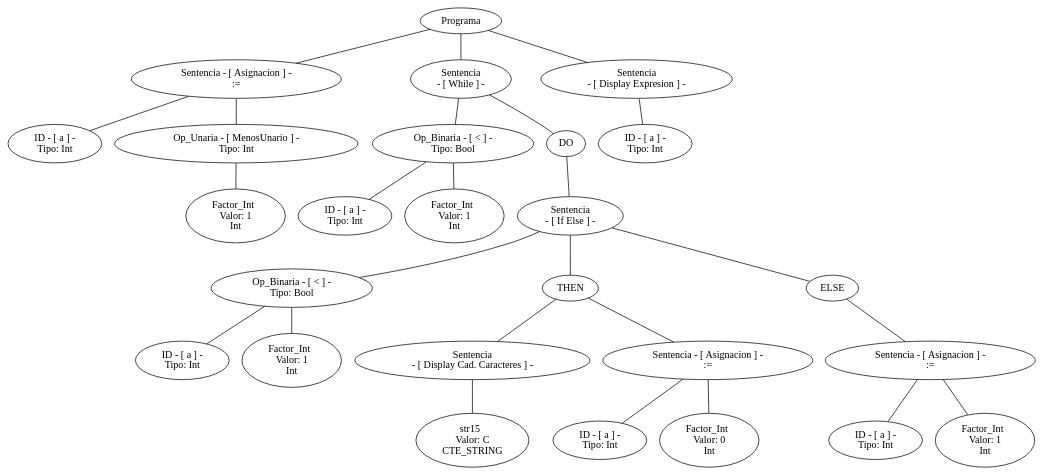
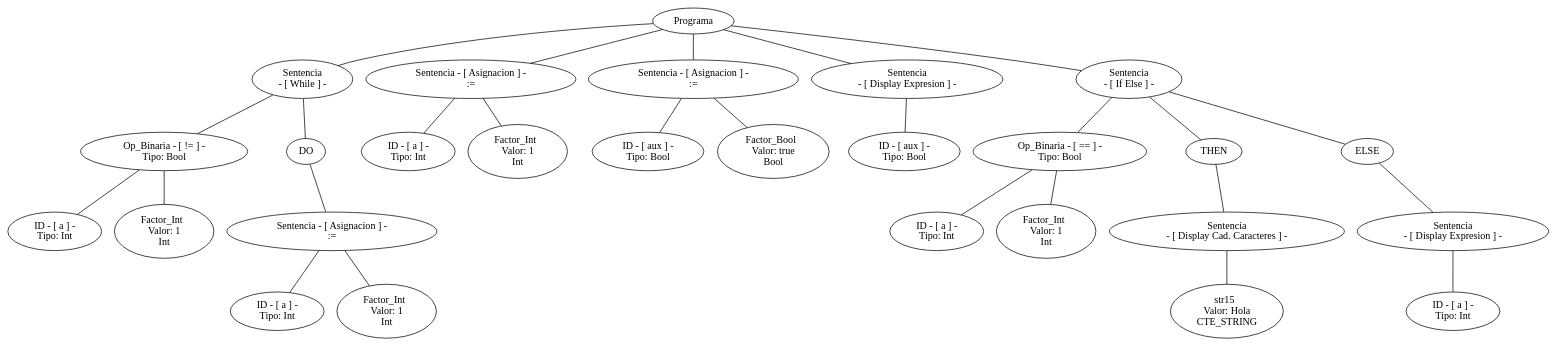
The diagram in arbol.dot (SantiPerez17/Compiladores), drawn with Graphviz before and after one commit. The commit also changed 36 other files, not shown here.

```diff
--- a/arbol.dot
+++ b/arbol.dot
@@ -1,80 +1,83 @@
 graph G {nodo_programa[label="Programa"]
-nodo_548246552[label="Sentencia - [ Asignacion ] -
- :="]
-nodo_programa--nodo_548246552
-nodo_1108411398[label=" ID - [ a ] - 
+nodo_467337349[label="Sentencia
+ - [ While ] -"]
+nodo_programa--nodo_467337349
+nodo_2055034623[label=" Op_Binaria - [ != ] - 
+ Tipo: Bool"]
+nodo_467337349--nodo_2055034623
+nodo_558678937[label=" ID - [ a ] - 
  Tipo: Int"]
-nodo_548246552--nodo_1108411398
-nodo_625576447[label=" Op_Unaria - [ MenosUnario ] - 
- Tipo: Int"]
-nodo_548246552--nodo_625576447
-nodo_443308702[label="Factor_Int  
+nodo_2055034623--nodo_558678937
+nodo_1185936515[label="Factor_Int  
  Valor: 1 
 Int"]
-nodo_625576447--nodo_443308702
-nodo_1349277854[label="Sentencia
- - [ While ] -"]
-nodo_programa--nodo_1349277854
-nodo_6566818[label=" Op_Binaria - [ < ] - 
- Tipo: Bool"]
-nodo_1349277854--nodo_6566818
-nodo_835648992[label=" ID - [ a ] - 
+nodo_2055034623--nodo_1185936515
+nodo_4673373491[label="DO"]
+nodo_467337349--nodo_4673373491
+nodo_1795228777[label="Sentencia - [ Asignacion ] -
+ :="]
+nodo_4673373491--nodo_1795228777
+nodo_1088594710[label=" ID - [ a ] - 
  Tipo: Int"]
-nodo_6566818--nodo_835648992
-nodo_1134517053[label="Factor_Int  
+nodo_1795228777--nodo_1088594710
+nodo_1137688287[label="Factor_Int  
  Valor: 1 
 Int"]
-nodo_6566818--nodo_1134517053
-nodo_13492778541[label="DO"]
-nodo_1349277854--nodo_13492778541
-nodo_445051633[label="Sentencia
- - [ If Else ] -"]
-nodo_13492778541--nodo_445051633
-nodo_87285178[label=" Op_Binaria - [ < ] - 
- Tipo: Bool"]
-nodo_445051633--nodo_87285178
-nodo_1494279232[label=" ID - [ a ] - 
+nodo_1795228777--nodo_1137688287
+nodo_516826798[label="Sentencia - [ Asignacion ] -
+ :="]
+nodo_programa--nodo_516826798
+nodo_543727504[label=" ID - [ a ] - 
  Tipo: Int"]
-nodo_87285178--nodo_1494279232
-nodo_1650967483[label="Factor_Int  
+nodo_516826798--nodo_543727504
+nodo_2014997979[label="Factor_Int  
  Valor: 1 
 Int"]
-nodo_87285178--nodo_1650967483
-nodo_4450516331[label="THEN"]
-nodo_445051633--nodo_4450516331
-nodo_109961541[label="Sentencia
- - [ Display Cad. Caracteres ] -"]
-nodo_4450516331--nodo_109961541
-nodo_1598924227[label="str15  
- Valor: C 
-CTE_STRING"]
-nodo_109961541--nodo_1598924227
-nodo_1190654826[label="Sentencia - [ Asignacion ] -
+nodo_516826798--nodo_2014997979
+nodo_464574988[label="Sentencia - [ Asignacion ] -
  :="]
-nodo_4450516331--nodo_1190654826
-nodo_1144748369[label=" ID - [ a ] - 
+nodo_programa--nodo_464574988
+nodo_1187901968[label=" ID - [ aux ] - 
+ Tipo: Bool"]
+nodo_464574988--nodo_1187901968
+nodo_820977023[label="Factor_Bool  
+ Valor: true 
+Bool"]
+nodo_464574988--nodo_820977023
+nodo_1294965259[label="Sentencia
+ - [ Display Expresion ] -"]
+nodo_programa--nodo_1294965259
+nodo_1956934786[label=" ID - [ aux ] - 
+ Tipo: Bool"]
+nodo_1294965259--nodo_1956934786
+nodo_1522892631[label="Sentencia
+ - [ If Else ] -"]
+nodo_programa--nodo_1522892631
+nodo_79803301[label=" Op_Binaria - [ == ] - 
+ Tipo: Bool"]
+nodo_1522892631--nodo_79803301
+nodo_452523848[label=" ID - [ a ] - 
  Tipo: Int"]
-nodo_1190654826--nodo_1144748369
-nodo_670700378[label="Factor_Int  
- Valor: 0 
-Int"]
-nodo_1190654826--nodo_670700378
-nodo_4450516332[label="ELSE"]
-nodo_445051633--nodo_4450516332
-nodo_1558600329[label="Sentencia - [ Asignacion ] -
- :="]
-nodo_4450516332--nodo_1558600329
-nodo_340870931[label=" ID - [ a ] - 
- Tipo: Int"]
-nodo_1558600329--nodo_340870931
-nodo_728890494[label="Factor_Int  
+nodo_79803301--nodo_452523848
+nodo_2001396705[label="Factor_Int  
  Valor: 1 
 Int"]
-nodo_1558600329--nodo_728890494
-nodo_2040495657[label="Sentencia
+nodo_79803301--nodo_2001396705
+nodo_15228926311[label="THEN"]
+nodo_1522892631--nodo_15228926311
+nodo_808175083[label="Sentencia
+ - [ Display Cad. Caracteres ] -"]
+nodo_15228926311--nodo_808175083
+nodo_287187153[label="str15  
+ Valor: Hola 
+CTE_STRING"]
+nodo_808175083--nodo_287187153
+nodo_15228926312[label="ELSE"]
+nodo_1522892631--nodo_15228926312
+nodo_314391915[label="Sentencia
  - [ Display Expresion ] -"]
-nodo_programa--nodo_2040495657
-nodo_1775282465[label=" ID - [ a ] - 
+nodo_15228926312--nodo_314391915
+nodo_972952784[label=" ID - [ a ] - 
  Tipo: Int"]
-nodo_2040495657--nodo_1775282465
+nodo_314391915--nodo_972952784
 }
```
